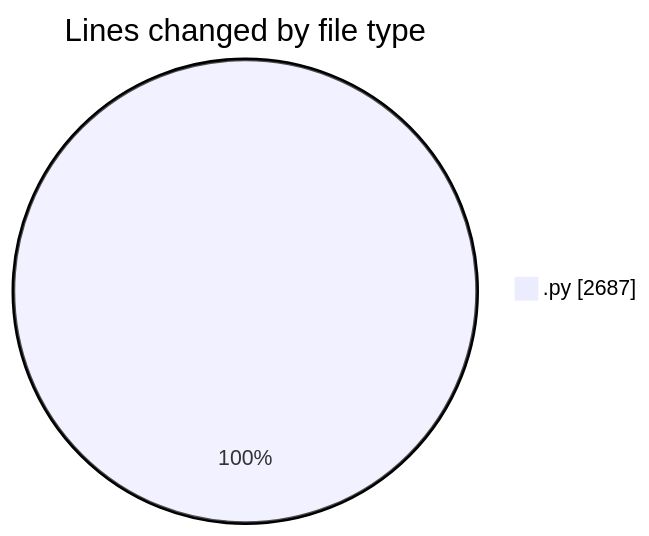
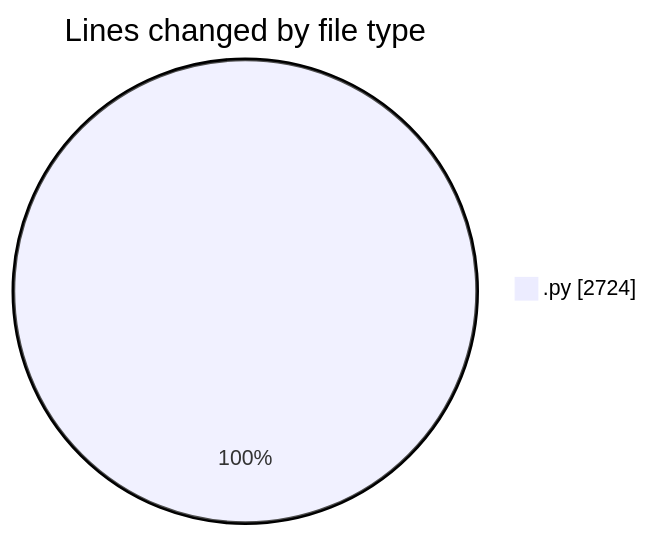
Before and after one commit to julien-gomy/code-tracking: the first of 2 diagrams in 2025-11-24/eventscop-api-guide__workspace_/README.md, drawn with Mermaid. The commit also changed other lines of this file and 1 other file, not shown here.

````diff
--- a/2025-11-24/eventscop-api-guide__workspace_/README.md
+++ b/2025-11-24/eventscop-api-guide__workspace_/README.md
@@ -24,5 +24,5 @@
 ```mermaid
 pie showData
 title Lines changed by file type
-".py" : 2687
+".py" : 2724
 ```
````
